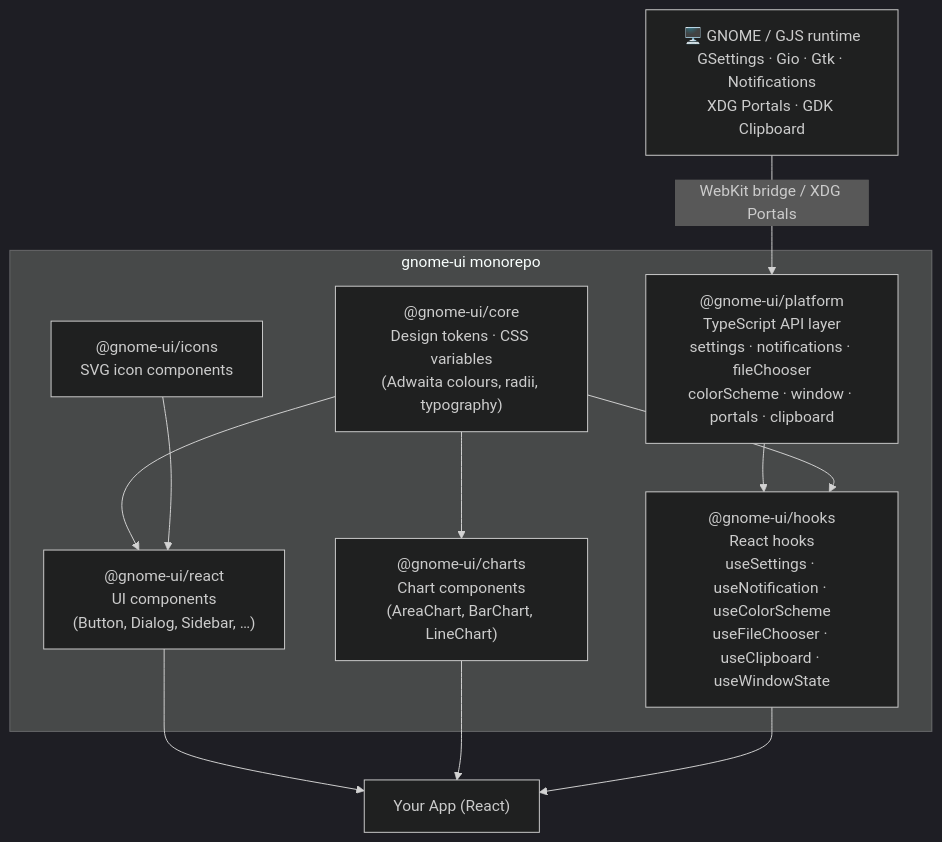
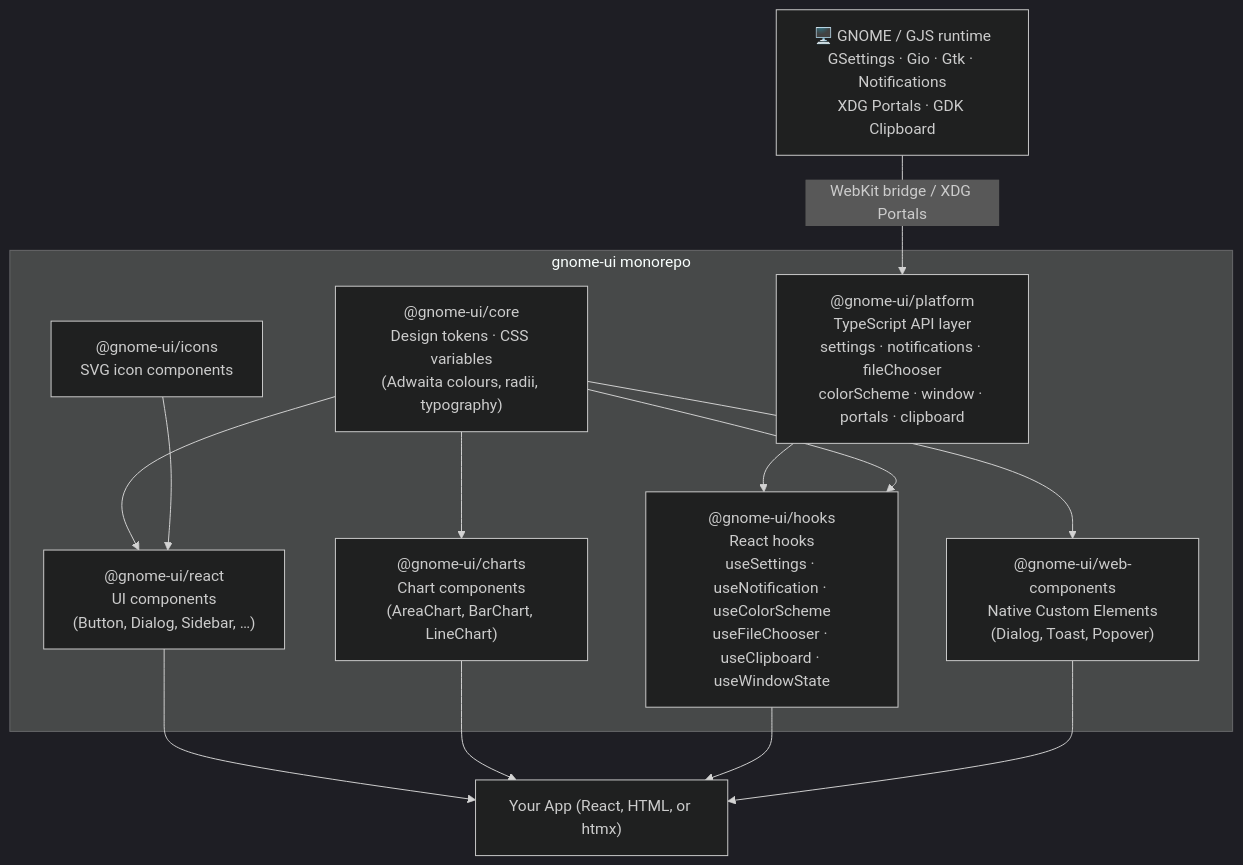
The diagram in ARCHITECTURE.md (ElJijuna/gnome-ui), drawn with Mermaid (dark theme) before and after one commit. The commit also changed other lines of this file and 32 other files, not shown here.

First line of the commit message:
feat(@gnome-ui/web-components): add GnomePopover and GnomeToast components with tests and styles

````diff
--- a/ARCHITECTURE.md
+++ b/ARCHITECTURE.md
@@ -7,25 +7,28 @@
 ```mermaid
 graph TD
   GNOME["🖥️ GNOME / GJS runtime\nGSettings · Gio · Gtk · Notifications\nXDG Portals · GDK Clipboard"]
 
   subgraph "gnome-ui monorepo"
     CORE["@gnome-ui/core\nDesign tokens · CSS variables\n(Adwaita colours, radii, typography)"]
     ICONS["@gnome-ui/icons\nSVG icon components"]
     PLATFORM["@gnome-ui/platform\nTypeScript API layer\nsettings · notifications · fileChooser\ncolorScheme · window · portals · clipboard"]
     HOOKS["@gnome-ui/hooks\nReact hooks\nuseSettings · useNotification · useColorScheme\nuseFileChooser · useClipboard · useWindowState"]
     REACT["@gnome-ui/react\nUI components\n(Button, Dialog, Sidebar, …)"]
     CHARTS["@gnome-ui/charts\nChart components\n(AreaChart, BarChart, LineChart)"]
+    WEB_COMPONENTS["@gnome-ui/web-components\nNative Custom Elements\n(Dialog, Toast, Popover)"]
   end
 
-  APP["Your App (React)"]
+  APP["Your App (React, HTML, or htmx)"]
 
   GNOME -->|WebKit bridge / XDG Portals| PLATFORM
   PLATFORM --> HOOKS
   CORE --> REACT
   CORE --> CHARTS
   CORE --> HOOKS
+  CORE --> WEB_COMPONENTS
   ICONS --> REACT
   REACT --> APP
   CHARTS --> APP
   HOOKS --> APP
+  WEB_COMPONENTS --> APP
 ```
````
